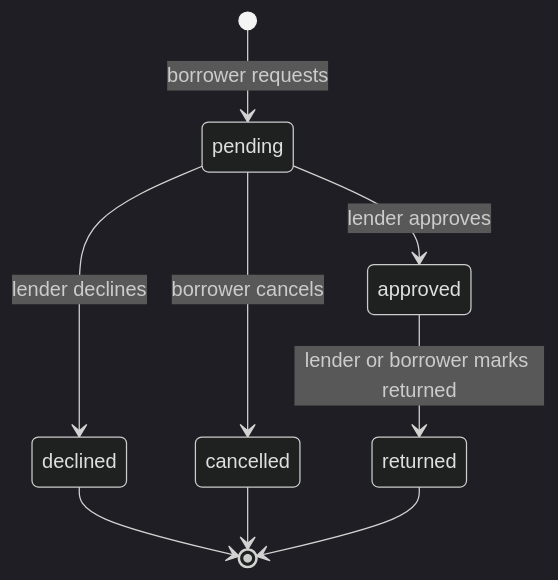
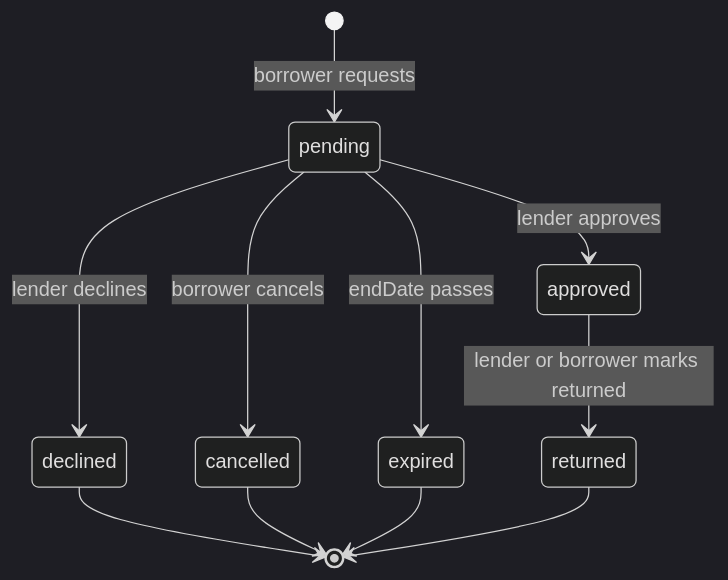
The second of 2 diagrams in docs/superpowers/specs/2026-11-02-lendloop-design.md (Noor-e-Bilal/lendloop), drawn with Mermaid (dark theme) before and after one commit. The commit also changed other lines of this file, not shown here.

````diff
--- a/docs/superpowers/specs/2026-11-02-lendloop-design.md
+++ b/docs/superpowers/specs/2026-11-02-lendloop-design.md
@@ -326,11 +375,13 @@
 ```mermaid
 stateDiagram-v2
   [*] --> pending: borrower requests
   pending --> approved: lender approves
   pending --> declined: lender declines
   pending --> cancelled: borrower cancels
+  pending --> expired: endDate passes
   approved --> returned: lender or borrower marks returned
   declined --> [*]
   cancelled --> [*]
+  expired --> [*]
   returned --> [*]
 ```
````
